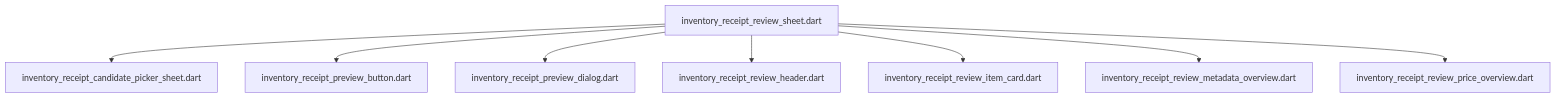
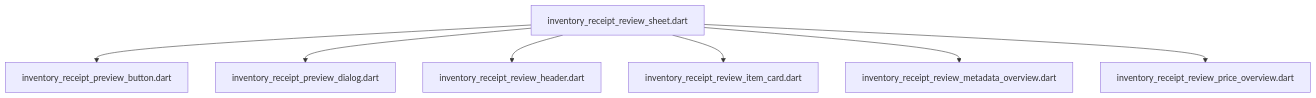
The diagram in lib/features/scanner/presentation/widgets/DEPS.md (repinw/yamt), drawn with Mermaid before and after one commit. The commit also changed 9 other files, not shown here.

````diff
--- a/lib/features/scanner/presentation/widgets/DEPS.md
+++ b/lib/features/scanner/presentation/widgets/DEPS.md
@@ -6,10 +6,9 @@
 ```mermaid
 flowchart TD;
-inventory_receipt_review_sheet.dart-->inventory_receipt_candidate_picker_sheet.dart;
 inventory_receipt_review_sheet.dart-->inventory_receipt_preview_button.dart;
 inventory_receipt_review_sheet.dart-->inventory_receipt_preview_dialog.dart;
 inventory_receipt_review_sheet.dart-->inventory_receipt_review_header.dart;
 inventory_receipt_review_sheet.dart-->inventory_receipt_review_item_card.dart;
 inventory_receipt_review_sheet.dart-->inventory_receipt_review_metadata_overview.dart;
 inventory_receipt_review_sheet.dart-->inventory_receipt_review_price_overview.dart;
 ```
````
